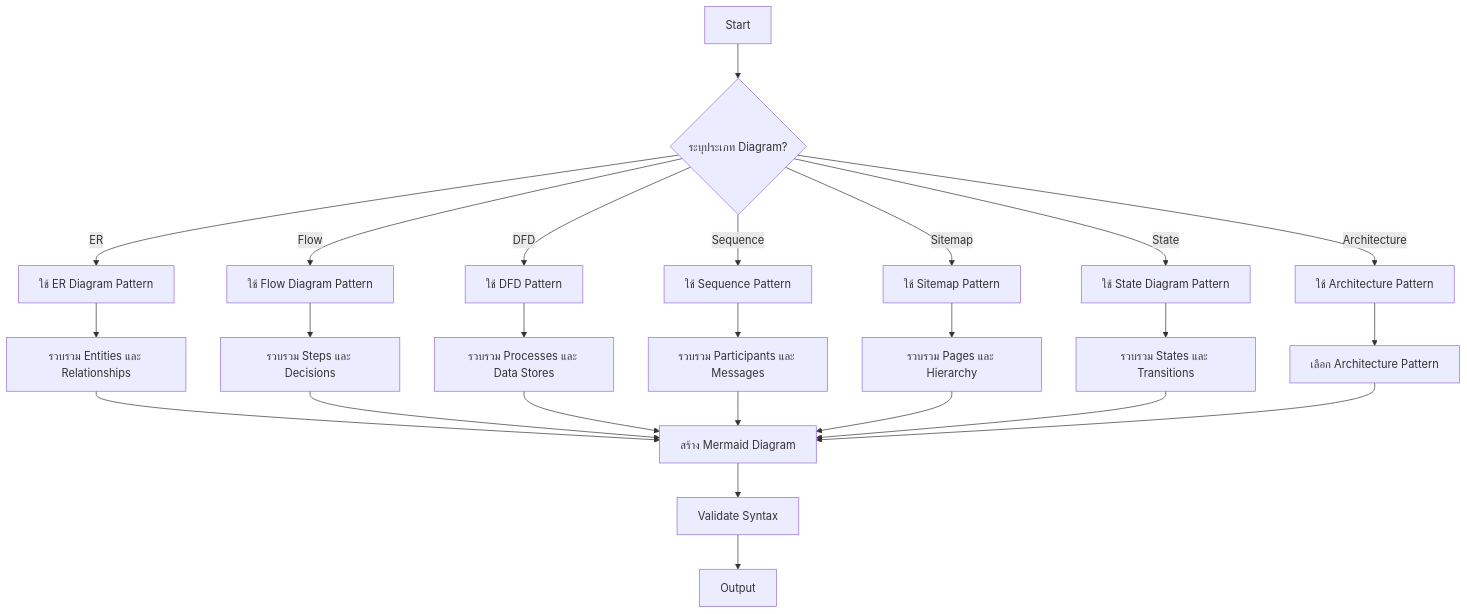
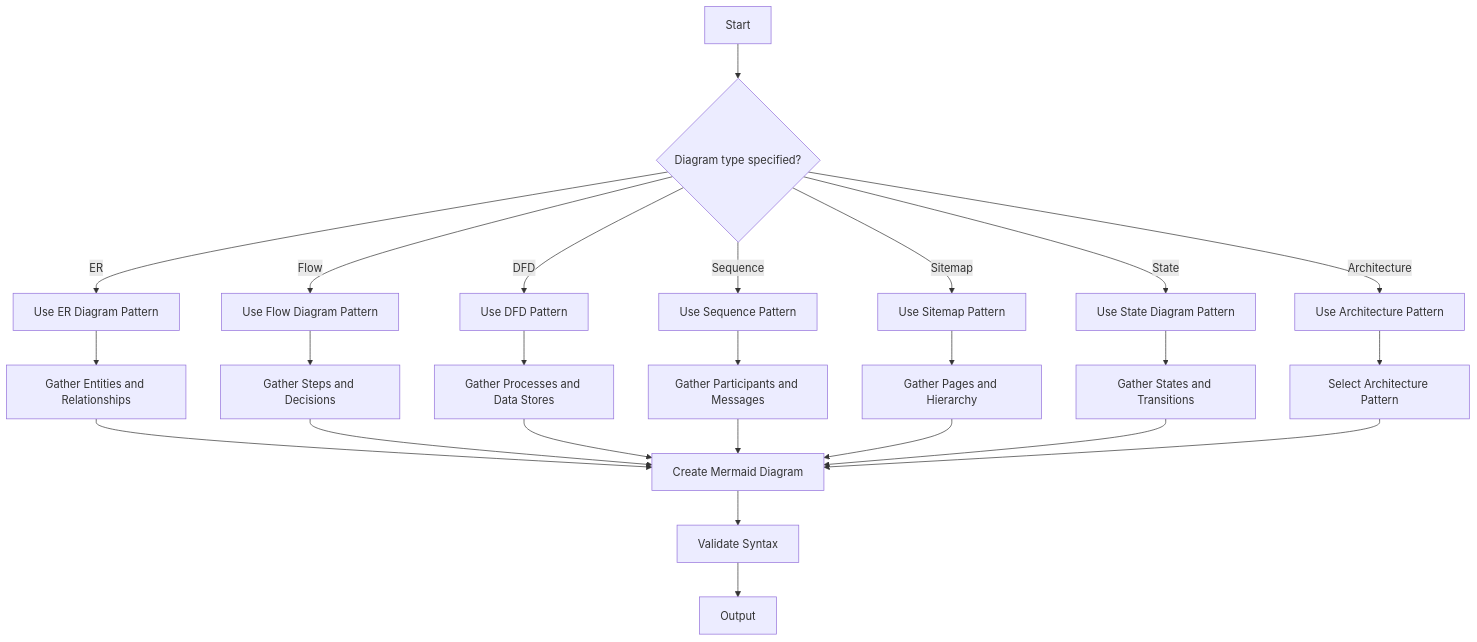
One commit to mounchons/AgentMarketPlace changed the third of 4 diagrams in plugins/system-design-doc/skills/system-design-doc/SKILL.md. Above: the diagram before and after it, drawn with Mermaid. The commit also changed other lines of this file and 51 other files, not shown here.

````diff
--- a/plugins/system-design-doc/skills/system-design-doc/SKILL.md
+++ b/plugins/system-design-doc/skills/system-design-doc/SKILL.md
@@ -92,27 +95,27 @@
 ```mermaid
 flowchart TD
-    A[Start] --> B{ระบุประเภท Diagram?}
-    B -->|ER| C[ใช้ ER Diagram Pattern]
-    B -->|Flow| D[ใช้ Flow Diagram Pattern]
-    B -->|DFD| E[ใช้ DFD Pattern]
-    B -->|Sequence| F[ใช้ Sequence Pattern]
-    B -->|Sitemap| G[ใช้ Sitemap Pattern]
-    B -->|State| H[ใช้ State Diagram Pattern]
-    B -->|Architecture| I[ใช้ Architecture Pattern]
-    C --> J[รวบรวม Entities และ Relationships]
-    D --> K[รวบรวม Steps และ Decisions]
-    E --> L[รวบรวม Processes และ Data Stores]
-    F --> M[รวบรวม Participants และ Messages]
-    G --> N[รวบรวม Pages และ Hierarchy]
-    H --> O[รวบรวม States และ Transitions]
-    I --> P[เลือก Architecture Pattern]
-    J --> Q[สร้าง Mermaid Diagram]
+    A[Start] --> B{Diagram type specified?}
+    B -->|ER| C[Use ER Diagram Pattern]
+    B -->|Flow| D[Use Flow Diagram Pattern]
+    B -->|DFD| E[Use DFD Pattern]
+    B -->|Sequence| F[Use Sequence Pattern]
+    B -->|Sitemap| G[Use Sitemap Pattern]
+    B -->|State| H[Use State Diagram Pattern]
+    B -->|Architecture| I[Use Architecture Pattern]
+    C --> J[Gather Entities and Relationships]
+    D --> K[Gather Steps and Decisions]
+    E --> L[Gather Processes and Data Stores]
+    F --> M[Gather Participants and Messages]
+    G --> N[Gather Pages and Hierarchy]
+    H --> O[Gather States and Transitions]
+    I --> P[Select Architecture Pattern]
+    J --> Q[Create Mermaid Diagram]
     K --> Q
     L --> Q
     M --> Q
     N --> Q
     O --> Q
     P --> Q
     Q --> R[Validate Syntax]
     R --> S[Output]
 ```
````
